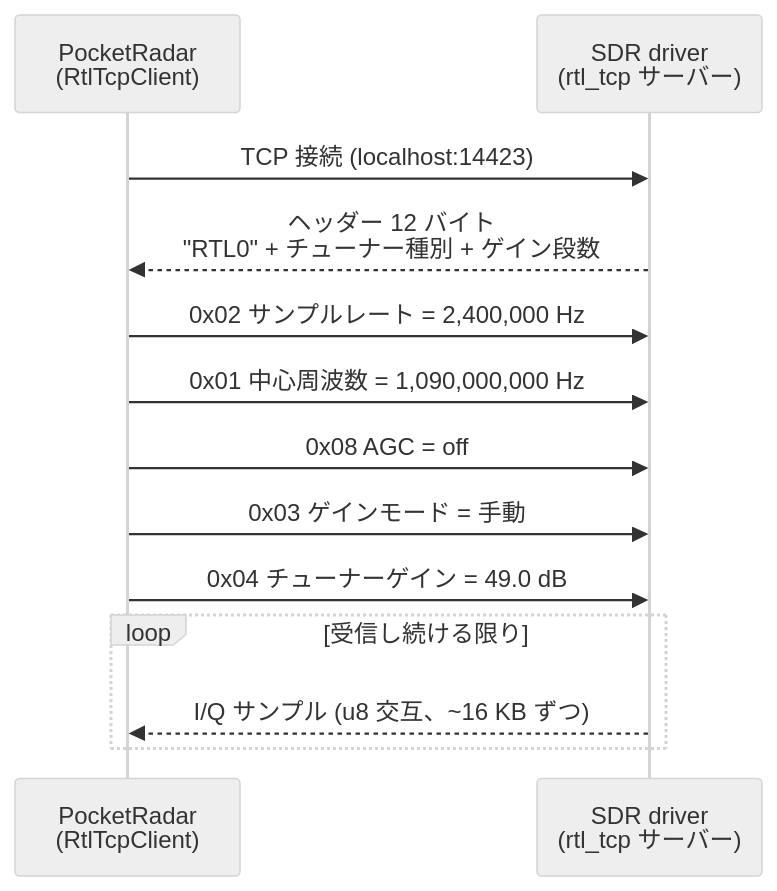
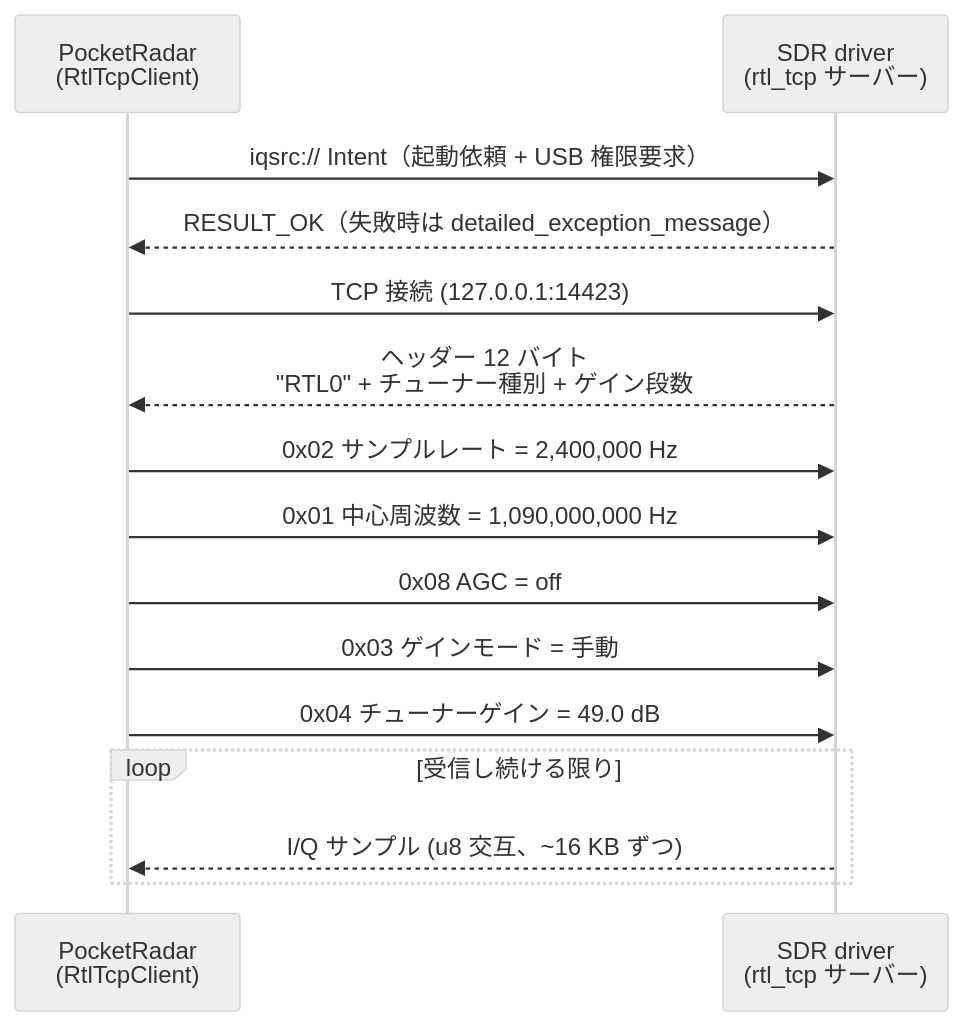
Before and after one commit to ayakix/PocketRadar: the third of 5 diagrams in docs/technology.md, drawn with Mermaid (neutral theme). The commit also changed other lines of this file and 7 other files, not shown here.

First line of the commit message:
fix(app): launch SDR driver via iqsrc:// intent before live capture

````diff
--- a/docs/technology.md
+++ b/docs/technology.md
@@ -166,15 +190,17 @@
 ```mermaid
 sequenceDiagram
     participant P as PocketRadar<br>(RtlTcpClient)
     participant S as SDR driver<br>(rtl_tcp サーバー)
-    P->>S: TCP 接続 (localhost:14423)
+    P->>S: iqsrc:// Intent（起動依頼 + USB 権限要求）
+    S-->>P: RESULT_OK（失敗時は detailed_exception_message）
+    P->>S: TCP 接続 (127.0.0.1:14423)
     S-->>P: ヘッダー 12 バイト<br>"RTL0" + チューナー種別 + ゲイン段数
     P->>S: 0x02 サンプルレート = 2,400,000 Hz
     P->>S: 0x01 中心周波数 = 1,090,000,000 Hz
     P->>S: 0x08 AGC = off
     P->>S: 0x03 ゲインモード = 手動
     P->>S: 0x04 チューナーゲイン = 49.0 dB
     loop 受信し続ける限り
         S-->>P: I/Q サンプル (u8 交互、~16 KB ずつ)
     end
 ```
````
